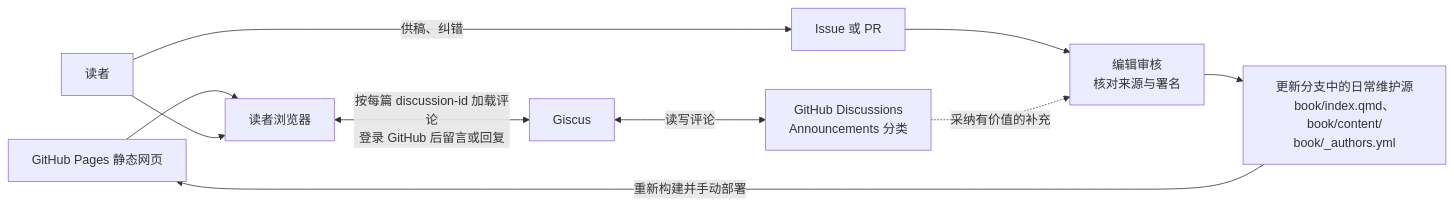
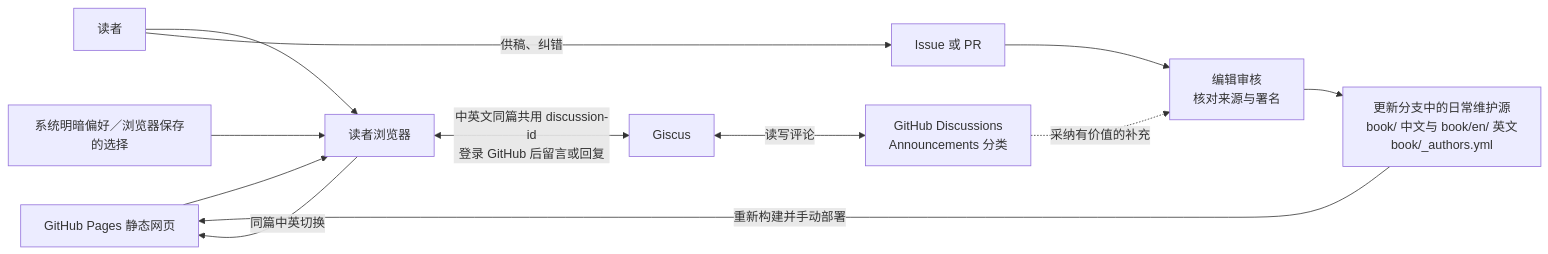
One commit to xp-pgrs-unofficial-guide/xp_pgrs_unofficial_guide changed the second of 2 diagrams in docs/data-flow.md. Above: the diagram before and after it, drawn with Mermaid. The commit also changed other lines of this file and 91 other files, not shown here.

````diff
--- a/docs/data-flow.md
+++ b/docs/data-flow.md
@@ -60,13 +65,15 @@
 ```mermaid
 flowchart LR
     PAGES["GitHub Pages 静态网页"] --> BROWSER["读者浏览器"]
-    BROWSER <-->|"按每篇 discussion-id 加载评论<br/>登录 GitHub 后留言或回复"| GISCUS["Giscus"]
+    BROWSER <-->|"中英文同篇共用 discussion-id<br/>登录 GitHub 后留言或回复"| GISCUS["Giscus"]
     GISCUS <-->|"读写评论"| DISC["GitHub Discussions<br/>Announcements 分类"]
 
+    SYSTEM["系统明暗偏好／浏览器保存的选择"] --> BROWSER
+    BROWSER -->|"同篇中英切换"| PAGES
     READER["读者"] --> BROWSER
     READER -->|"供稿、纠错"| SUBMIT["Issue 或 PR"]
     SUBMIT --> EDITOR["编辑审核<br/>核对来源与署名"]
     DISC -.->|"采纳有价值的补充"| EDITOR
-    EDITOR --> SRC["更新分支中的日常维护源<br/>book/index.qmd、book/content/<br/>book/_authors.yml"]
+    EDITOR --> SRC["更新分支中的日常维护源<br/>book/ 中文与 book/en/ 英文<br/>book/_authors.yml"]
     SRC -->|"重新构建并手动部署"| PAGES
 ```
````
